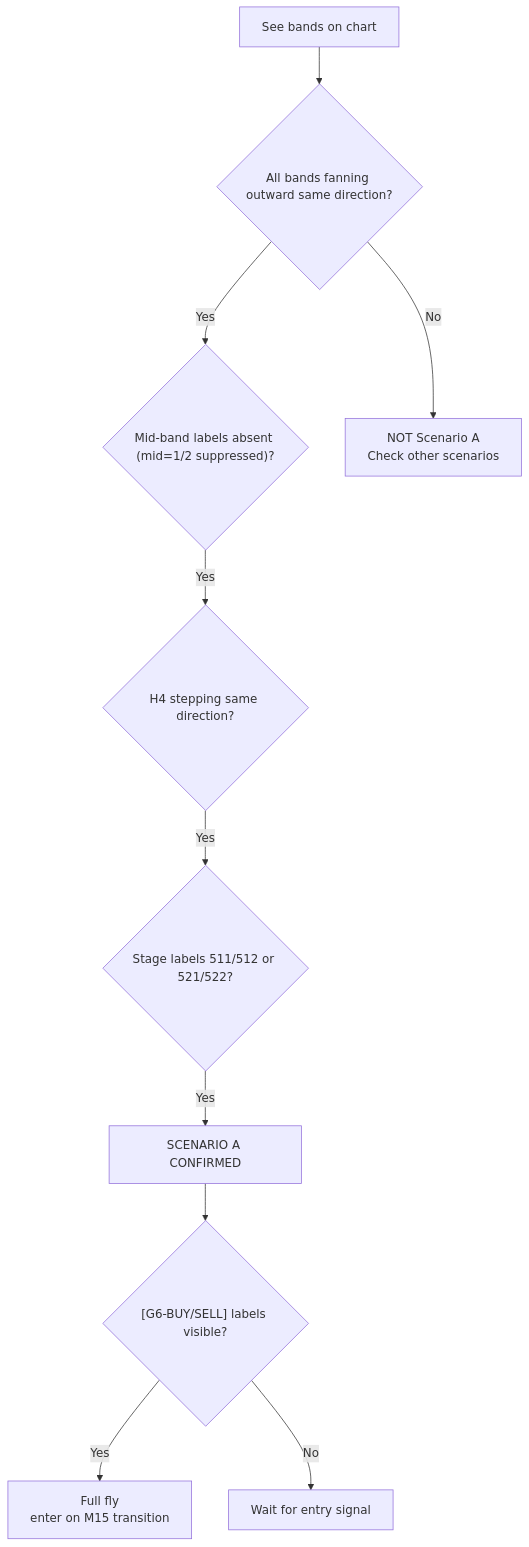
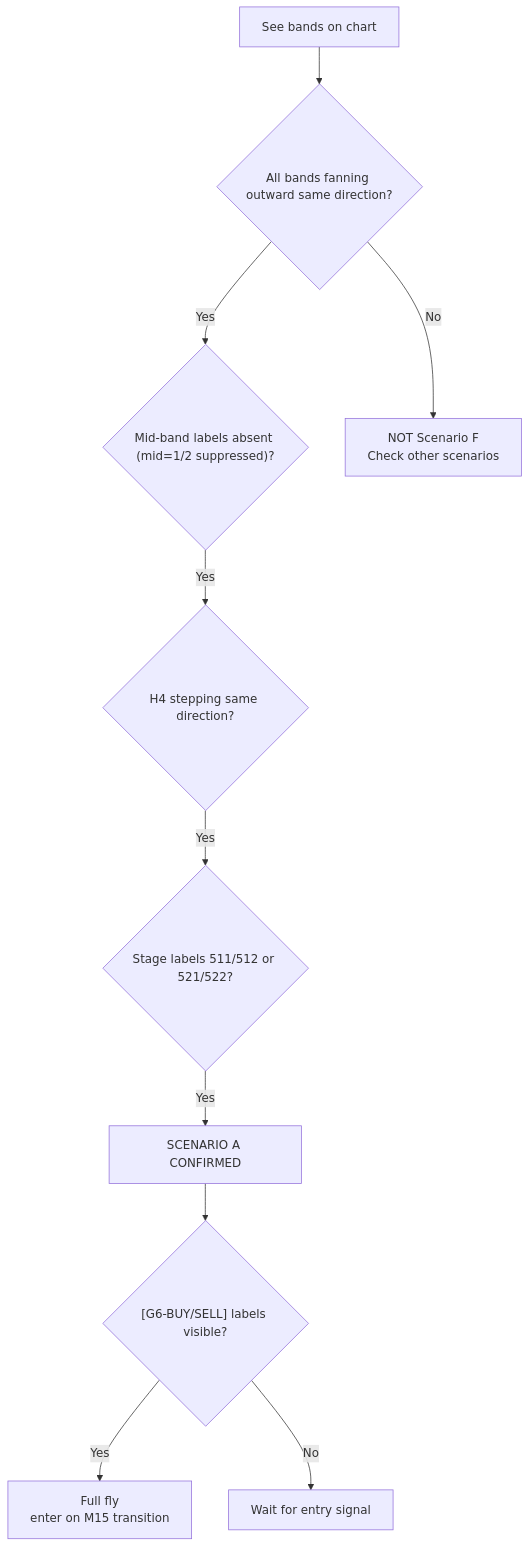
The fifth of 17 diagrams in references/backtest_chart_analysis.md (Terrypang89/BB_MTF_M15_STRATEGY), drawn with Mermaid before and after one commit. The commit also changed other lines of this file and 12 other files, not shown here.

````diff
--- a/references/backtest_chart_analysis.md
+++ b/references/backtest_chart_analysis.md
@@ -1650,12 +1650,12 @@
 ```mermaid
 flowchart TD
     A["See bands on chart"] --> B{"All bands fanning outward same direction?"}
     B -->|Yes| C{"Mid-band labels absent (mid=1/2 suppressed)?"}
     C -->|Yes| D{"H4 stepping same direction?"}
     D -->|Yes| E{"Stage labels 511/512 or 521/522?"}
     E -->|Yes| F["SCENARIO A CONFIRMED"]
     F --> G{"[G6-BUY/SELL] labels visible?"}
     G -->|Yes| H["Full fly\nenter on M15 transition"]
     G -->|No| I["Wait for entry signal"]
-    B -->|No| J["NOT Scenario A\nCheck other scenarios"]
+    B -->|No| J["NOT Scenario F\nCheck other scenarios"]
 ```
````
